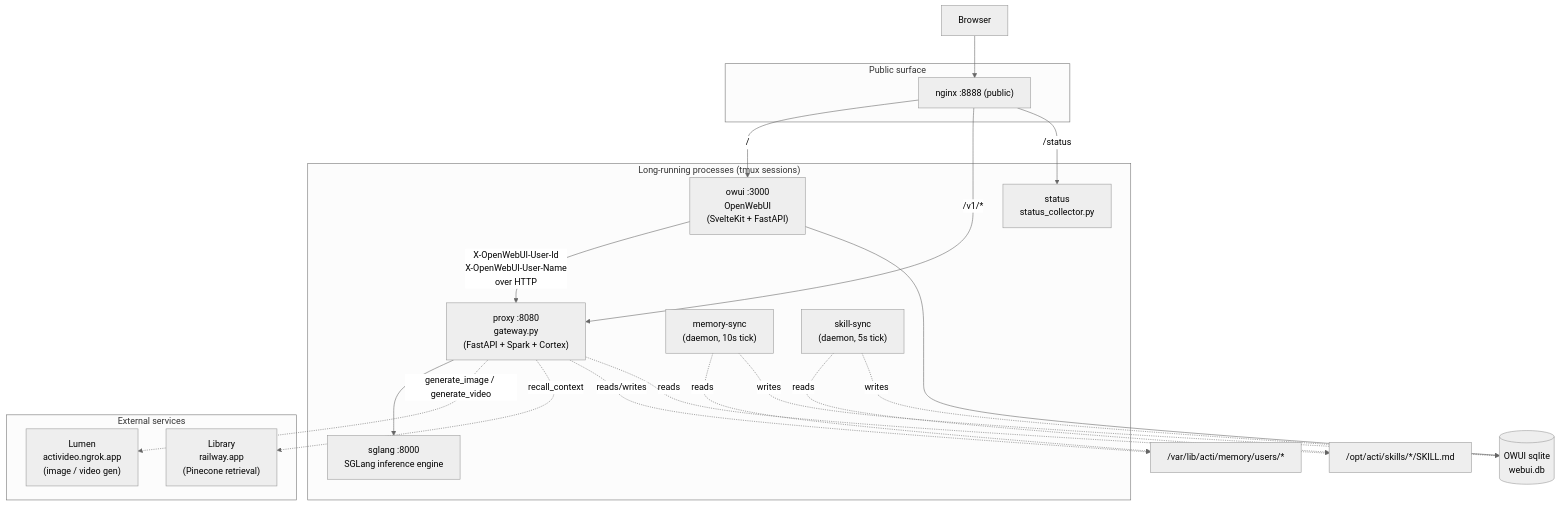
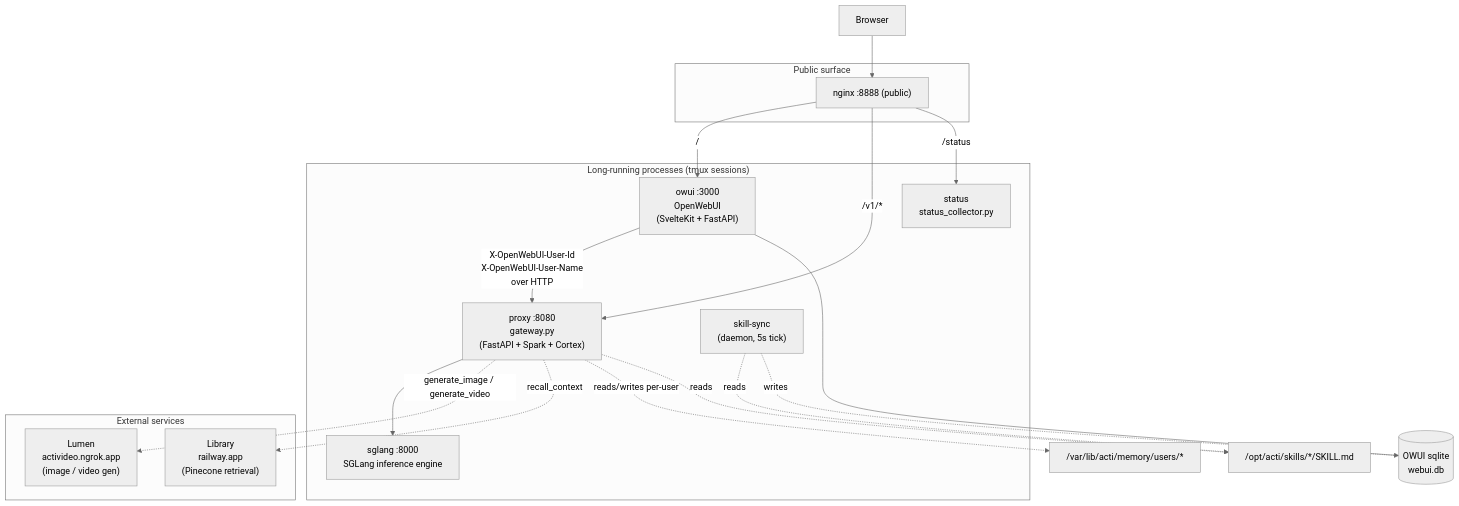
The first of 5 diagrams in docs/BACKEND_ARCHITECTURE.md (NeelM0906/ACTi), drawn with Mermaid (neutral theme) before and after one commit. The commit also changed other lines of this file and 6 other files, not shown here.

````diff
--- a/docs/BACKEND_ARCHITECTURE.md
+++ b/docs/BACKEND_ARCHITECTURE.md
@@ -11,37 +11,34 @@
 ```mermaid
 graph TB
     subgraph "Public surface"
         Nginx["nginx :8888 (public)"]
     end
 
     subgraph "Long-running processes (tmux sessions)"
         OWUI["owui :3000<br/>OpenWebUI<br/>(SvelteKit + FastAPI)"]
         Proxy["proxy :8080<br/>gateway.py<br/>(FastAPI + Spark + Cortex)"]
         Engine["sglang :8000<br/>SGLang inference engine"]
-        MemSync["memory-sync<br/>(daemon, 10s tick)"]
         SkillSync["skill-sync<br/>(daemon, 5s tick)"]
         Status["status<br/>status_collector.py"]
     end
 
     subgraph "External services"
         Lumen["Lumen<br/>activideo.ngrok.app<br/>(image / video gen)"]
         Library["Library<br/>railway.app<br/>(Pinecone retrieval)"]
     end
 
     Browser["Browser"] --> Nginx
     Nginx -->|"/"| OWUI
     Nginx -->|"/v1/*"| Proxy
     Nginx -->|"/status"| Status
     OWUI -->|"X-OpenWebUI-User-Id<br/>X-OpenWebUI-User-Name<br/>over HTTP"| Proxy
     Proxy --> Engine
     Proxy -.->|"generate_image / generate_video"| Lumen
     Proxy -.->|"recall_context"| Library
 
-    MemSync -.->|"reads"| MemFiles["/var/lib/acti/memory/users/*"]
-    MemSync -.->|"writes"| OWUIDB[("OWUI sqlite<br/>webui.db")]
     SkillSync -.->|"reads"| SkillFiles["/opt/acti/skills/*/SKILL.md"]
-    SkillSync -.->|"writes"| OWUIDB
+    SkillSync -.->|"writes"| OWUIDB[("OWUI sqlite<br/>webui.db")]
     OWUI --- OWUIDB
-    Proxy -.->|"reads/writes"| MemFiles
+    Proxy -.->|"reads/writes per-user"| MemFiles["/var/lib/acti/memory/users/*"]
     Proxy -.->|"reads"| SkillFiles
 ```
````
